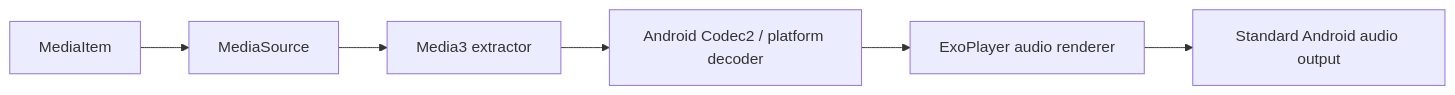
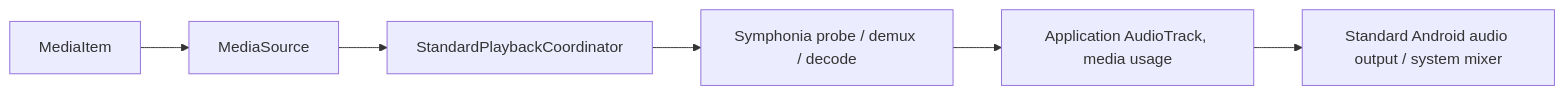
The first of 2 diagrams in docs/media3/EXOPLAYER_PIPELINE.md (valleriankondengis/rovia-music), drawn with Mermaid before and after one commit. The commit also changed other lines of this file and 25 other files, not shown here.

First line of the commit message:
docs: describe the Symphonia-only decoder pipeline

````diff
--- a/docs/media3/EXOPLAYER_PIPELINE.md
+++ b/docs/media3/EXOPLAYER_PIPELINE.md
@@ -8,8 +11,8 @@
 ```mermaid
 flowchart LR
     ITEM[MediaItem] --> SOURCE[MediaSource]
-    SOURCE --> EXTRACT[Media3 extractor]
-    EXTRACT --> C2[Android Codec2 / platform decoder]
-    C2 --> RENDER[ExoPlayer audio renderer]
-    RENDER --> DEFAULT[Standard Android audio output]
+    SOURCE --> COORD[StandardPlaybackCoordinator]
+    COORD --> SYMPH[Symphonia probe / demux / decode]
+    SYMPH --> TRACK[Application AudioTrack, media usage]
+    TRACK --> DEFAULT[Standard Android audio output / system mixer]
 ```
````
